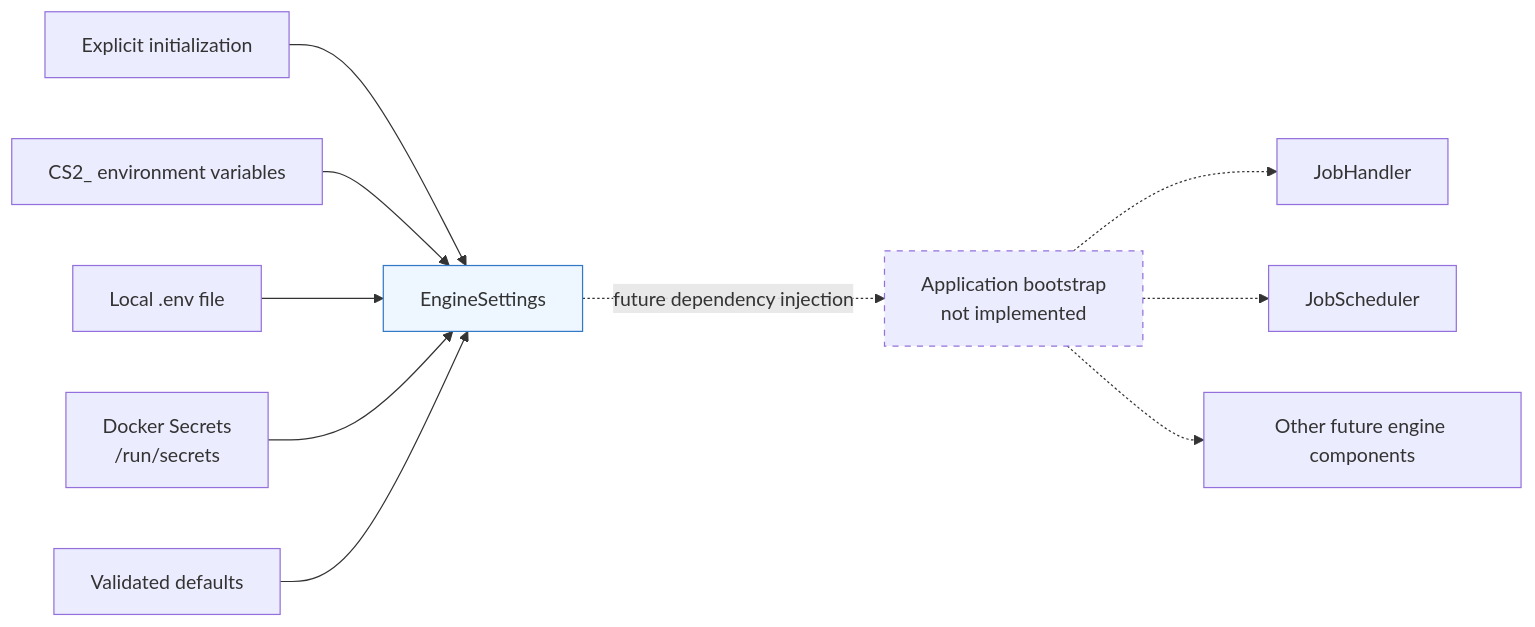
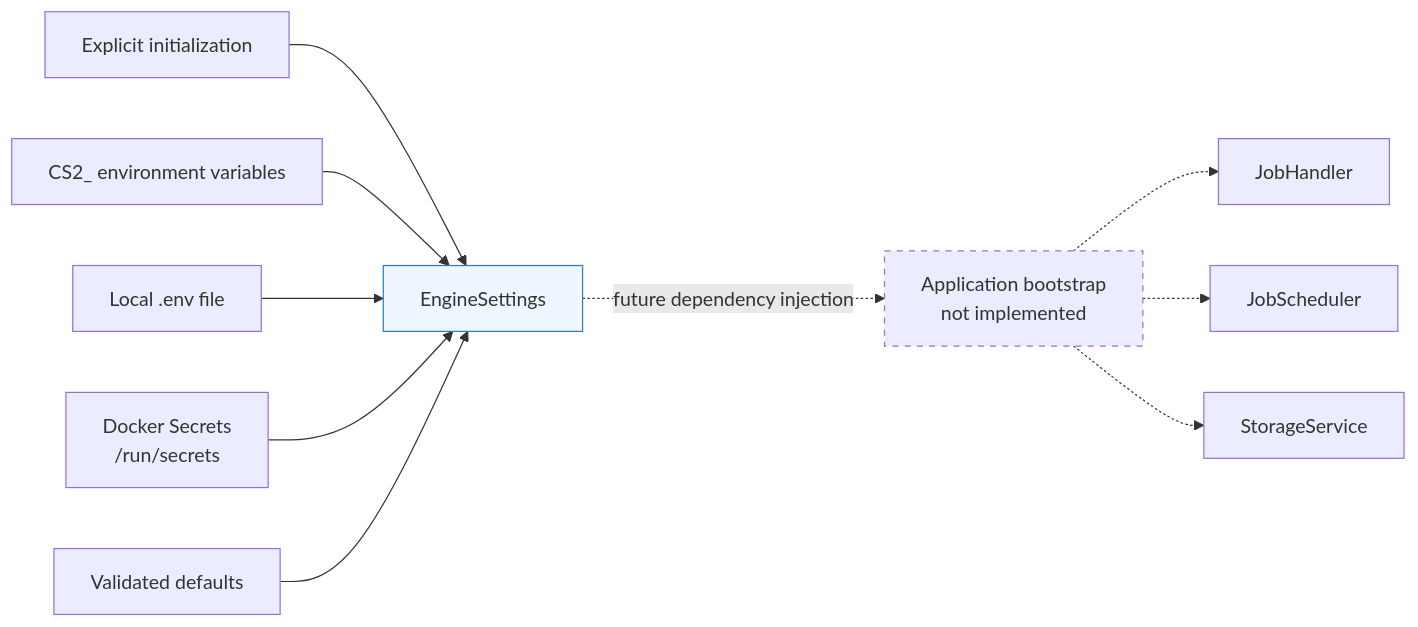
One commit to maciejL03/price-oracle changed the diagram in backend/engine/config/README.md. Above: the diagram before and after it, drawn with Mermaid. The commit also changed other lines of this file and 13 other files, not shown here.

Commit message:
Implement async SQLite storage service

````diff
--- a/backend/engine/config/README.md
+++ b/backend/engine/config/README.md
@@ -16,16 +16,16 @@
 ```mermaid
 flowchart LR
     Init[Explicit initialization] --> Settings[EngineSettings]
     Env[CS2_ environment variables] --> Settings
     Dotenv[Local .env file] --> Settings
     Secrets[Docker Secrets<br/>/run/secrets] --> Settings
     Defaults[Validated defaults] --> Settings
 
     Settings -. future dependency injection .-> Bootstrap[Application bootstrap<br/>not implemented]
     Bootstrap -.-> Handler[JobHandler]
     Bootstrap -.-> Scheduler[JobScheduler]
-    Bootstrap -.-> Future[Other future engine components]
+    Bootstrap -.-> Storage[StorageService]
 
     style Settings fill:#eef6ff,stroke:#3178c6
     style Bootstrap stroke-dasharray: 5 5
 ```
````
